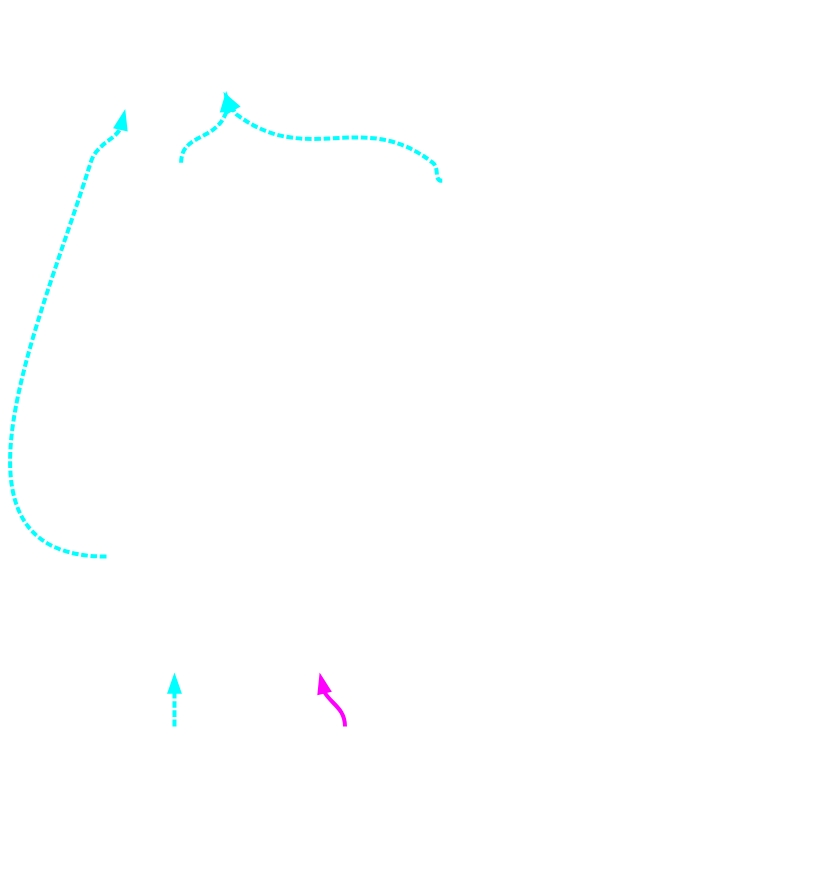
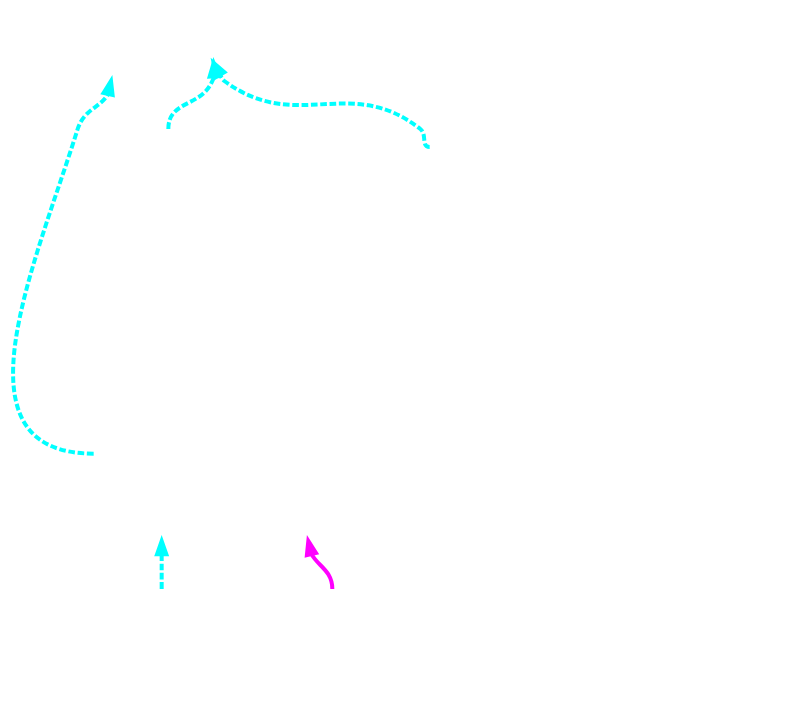
Before and after one commit to frasercrmck/llvm-leg: the diagram in docs/Codeplay/examples/ex1b/ex1b-pre-isel.dot, drawn with Graphviz. The commit also changed 3 other files, not shown here.

```diff
--- a/docs/Codeplay/examples/ex1b/ex1b-pre-isel.dot
+++ b/docs/Codeplay/examples/ex1b/ex1b-pre-isel.dot
@@ -1,26 +1,26 @@
 digraph "isel input for foo:" {
 	rankdir="BT";
 	bgcolor="transparent";
 
-	Node0x36a34b0 [shape=record,shape=Mrecord,label="{EntryToken [ID=0]|0x36a34b0|{<d0>ch}}", penwidth=3,color="white",fontname="Calibri",fontsize=16,fontcolor="white"];
-	Node0x36c8cd0 [shape=record,shape=Mrecord,label="{Register %vreg0 [ID=1]|0x36c8cd0|{<d0>i32}}", penwidth=3,color="white",fontname="Calibri",fontsize=16,fontcolor="white"];
-	Node0x36c8ee0 [shape=record,shape=Mrecord,label="{Register %vreg1 [ID=2]|0x36c8ee0|{<d0>i32}}", penwidth=3,color="white",fontname="Calibri",fontsize=16,fontcolor="white"];
-	Node0x36c91f8 [shape=record,shape=Mrecord,label="{Register %R0 [ID=3]|0x36c91f8|{<d0>i32}}", penwidth=3,color="white",fontname="Calibri",fontsize=16,fontcolor="white"];
-	Node0x36c8dd8 [shape=record,shape=Mrecord,label="{{<s0>0|<s1>1}|CopyFromReg [ORD=1] [ID=4]|0x36c8dd8|{<d0>i32|<d1>ch}}", penwidth=3,color="white",fontname="Calibri",fontsize=16,fontcolor="white"];
+	Node0x36a34b0 [shape=record,shape=Mrecord,label="{EntryToken [ID=0]|{<d0>ch}}", penwidth=3,color="white",fontname="Calibri",fontsize=16,fontcolor="white"];
+	Node0x36c8cd0 [shape=record,shape=Mrecord,label="{Register %vreg0 [ID=1]|{<d0>i32}}", penwidth=3,color="white",fontname="Calibri",fontsize=16,fontcolor="white"];
+	Node0x36c8ee0 [shape=record,shape=Mrecord,label="{Register %vreg1 [ID=2]|{<d0>i32}}", penwidth=3,color="white",fontname="Calibri",fontsize=16,fontcolor="white"];
+	Node0x36c91f8 [shape=record,shape=Mrecord,label="{Register %R0 [ID=3]|{<d0>i32}}", penwidth=3,color="white",fontname="Calibri",fontsize=16,fontcolor="white"];
+	Node0x36c8dd8 [shape=record,shape=Mrecord,label="{{<s0>0|<s1>1}|CopyFromReg [ORD=1] [ID=4]|{<d0>i32|<d1>ch}}", penwidth=3,color="white",fontname="Calibri",fontsize=16,fontcolor="white"];
 	Node0x36c8dd8:s0 -> Node0x36a34b0:d0[style=dashed, penwidth=3,color="cyan",fontname="Calibri",fontsize=16,fontcolor="white"];
 	Node0x36c8dd8:s1 -> Node0x36c8cd0:d0[penwidth=3,color="white",fontname="Calibri",fontsize=16,fontcolor="white"];
-	Node0x36c8fe8 [shape=record,shape=Mrecord,label="{{<s0>0|<s1>1}|CopyFromReg [ORD=1] [ID=5]|0x36c8fe8|{<d0>i32|<d1>ch}}", penwidth=3,color="white",fontname="Calibri",fontsize=16,fontcolor="white"];
+	Node0x36c8fe8 [shape=record,shape=Mrecord,label="{{<s0>0|<s1>1}|CopyFromReg [ORD=1] [ID=5]|{<d0>i32|<d1>ch}}", penwidth=3,color="white",fontname="Calibri",fontsize=16,fontcolor="white"];
 	Node0x36c8fe8:s0 -> Node0x36a34b0:d0[style=dashed, penwidth=3,color="cyan",fontname="Calibri",fontsize=16,fontcolor="white"];
 	Node0x36c8fe8:s1 -> Node0x36c8ee0:d0[penwidth=3,color="white",fontname="Calibri",fontsize=16,fontcolor="white"];
-	Node0x36c90f0 [shape=record,shape=Mrecord,label="{{<s0>0|<s1>1}|add [ORD=2] [ID=6]|0x36c90f0|{<d0>i32}}", penwidth=3,color="white",fontname="Calibri",fontsize=16,fontcolor="white"];
+	Node0x36c90f0 [shape=record,shape=Mrecord,label="{{<s0>0|<s1>1}|add [ORD=2] [ID=6]|{<d0>i32}}", penwidth=3,color="white",fontname="Calibri",fontsize=16,fontcolor="white"];
 	Node0x36c90f0:s0 -> Node0x36c8dd8:d0[penwidth=3,color="white",fontname="Calibri",fontsize=16,fontcolor="white"];
 	Node0x36c90f0:s1 -> Node0x36c8fe8:d0[penwidth=3,color="white",fontname="Calibri",fontsize=16,fontcolor="white"];
-	Node0x36c9300 [shape=record,shape=Mrecord,label="{{<s0>0|<s1>2|<s2>1}|CopyToReg [ORD=3] [ID=7]|0x36c9300|{<d0>ch|<d1>glue}}", penwidth=3,color="white",fontname="Calibri",fontsize=16,fontcolor="white"];
+	Node0x36c9300 [shape=record,shape=Mrecord,label="{{<s0>0|<s1>2|<s2>1}|CopyToReg [ORD=3] [ID=7]|{<d0>ch|<d1>glue}}", penwidth=3,color="white",fontname="Calibri",fontsize=16,fontcolor="white"];
 	Node0x36c9300:s0 -> Node0x36a34b0:d0[style=dashed, penwidth=3,color="cyan",fontname="Calibri",fontsize=16,fontcolor="white"];
 	Node0x36c9300:s2 -> Node0x36c91f8:d0[penwidth=3,color="white",fontname="Calibri",fontsize=16,fontcolor="white"];
 	Node0x36c9300:s1 -> Node0x36c90f0:d0[penwidth=3,color="white",fontname="Calibri",fontsize=16,fontcolor="white"];
-	Node0x36c9408 [shape=record,shape=Mrecord,label="{{<s0>0|<s1>1|<s2>2}|RetFlag [ORD=3] [ID=8]|0x36c9408|{<d0>ch}}", penwidth=3,color="white",fontname="Calibri",fontsize=16,fontcolor="white"];
+	Node0x36c9408 [shape=record,shape=Mrecord,label="{{<s0>0|<s1>1|<s2>2}|RetFlag [ORD=3] [ID=8]|{<d0>ch}}", penwidth=3,color="white",fontname="Calibri",fontsize=16,fontcolor="white"];
 	Node0x36c9408:s0 -> Node0x36c9300:d0[style=dashed, penwidth=3,color="cyan",fontname="Calibri",fontsize=16,fontcolor="white"];
 	Node0x36c9408:s1 -> Node0x36c91f8:d0[penwidth=3,color="white",fontname="Calibri",fontsize=16,fontcolor="white"];
 	Node0x36c9408:s2 -> Node0x36c9300:d1[style=bold, penwidth=3,color="magenta",fontname="Calibri",fontsize=16,fontcolor="white"];
 }
```
